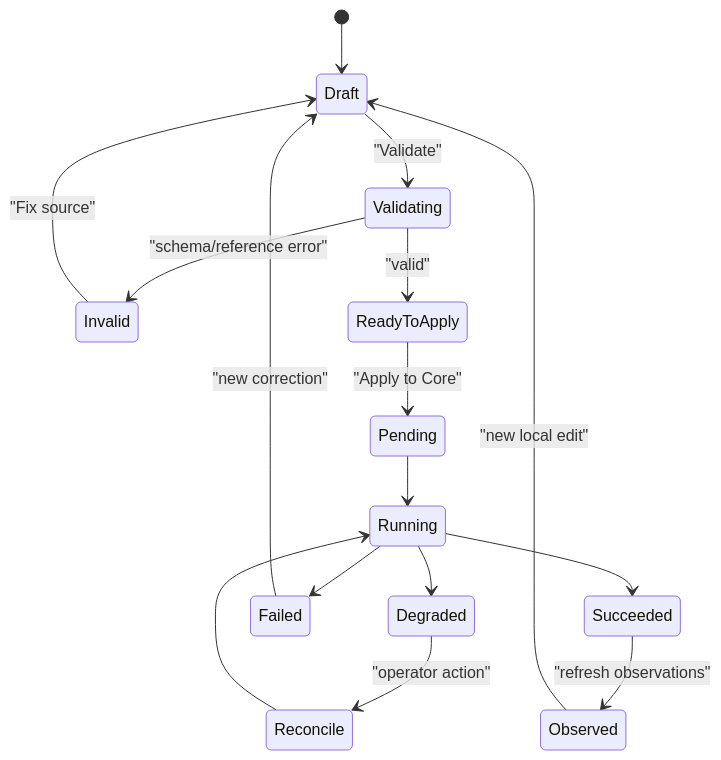
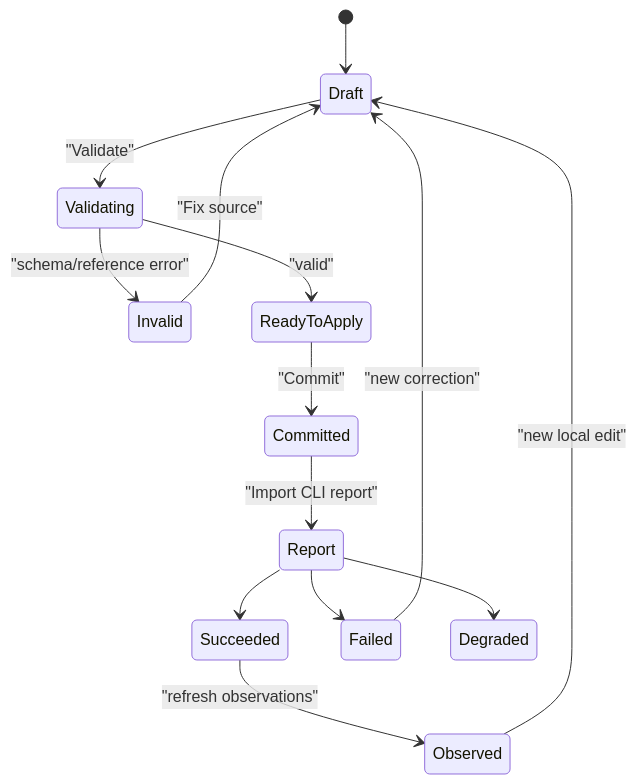
Before and after one commit to Liapoldus/studio: the first of 2 diagrams in docs/operations.md, drawn with Mermaid. The commit also changed other lines of this file and 6 other files, not shown here.

Commit message:
docs: отделить Studio от Core через CLI

````diff
--- a/docs/operations.md
+++ b/docs/operations.md
@@ -13,18 +14,16 @@
 ```mermaid
 stateDiagram-v2
     [*] --> Draft
     Draft --> Validating: "Validate"
     Validating --> Invalid: "schema/reference error"
     Invalid --> Draft: "Fix source"
     Validating --> ReadyToApply: "valid"
-    ReadyToApply --> Pending: "Apply to Core"
-    Pending --> Running
-    Running --> Succeeded
-    Running --> Failed
-    Running --> Degraded
-    Degraded --> Reconcile: "operator action"
-    Reconcile --> Running
+    ReadyToApply --> Committed: "Commit"
+    Committed --> Report: "Import CLI report"
+    Report --> Succeeded
+    Report --> Failed
+    Report --> Degraded
     Failed --> Draft: "new correction"
     Succeeded --> Observed: "refresh observations"
     Observed --> Draft: "new local edit"
 ```
````
